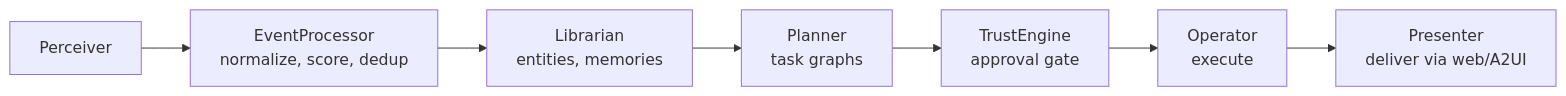
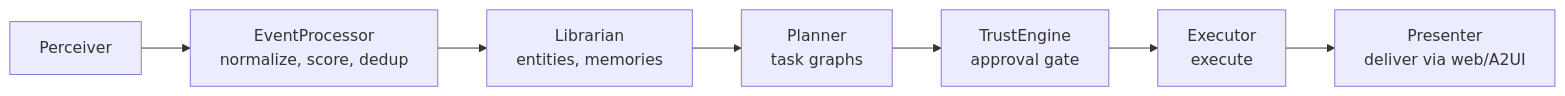
The second of 2 diagrams in docs/architecture/overview.md (shivadharmi/muldro), drawn with Mermaid before and after one commit. The commit also changed other lines of this file and 14 other files, not shown here.

First line of the commit message:
docs: sync durable architecture docs with post-rebuild code

````diff
--- a/docs/architecture/overview.md
+++ b/docs/architecture/overview.md
@@ -161,9 +161,9 @@
 ```mermaid
 graph LR
     A[Perceiver] --> B[EventProcessor<br/>normalize, score, dedup]
     B --> C[Librarian<br/>entities, memories]
     C --> D[Planner<br/>task graphs]
     D --> E[TrustEngine<br/>approval gate]
-    E --> F[Operator<br/>execute]
+    E --> F[Executor<br/>execute]
     F --> G[Presenter<br/>deliver via web/A2UI]
 ```
````
